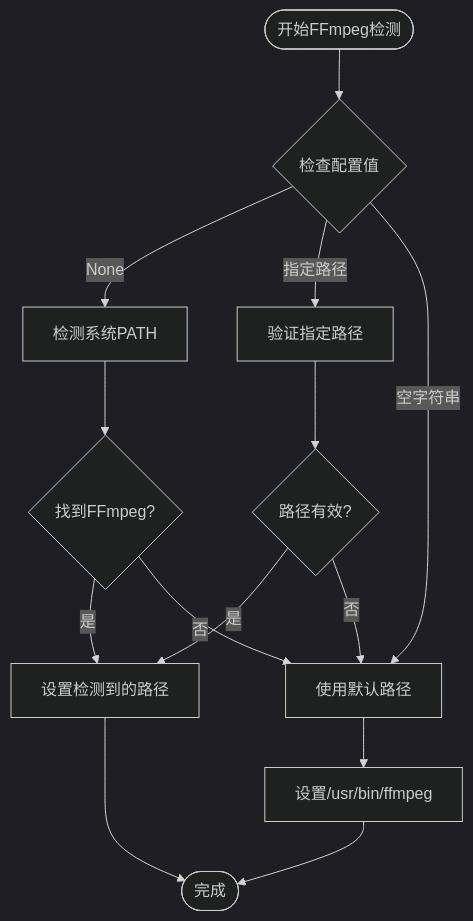
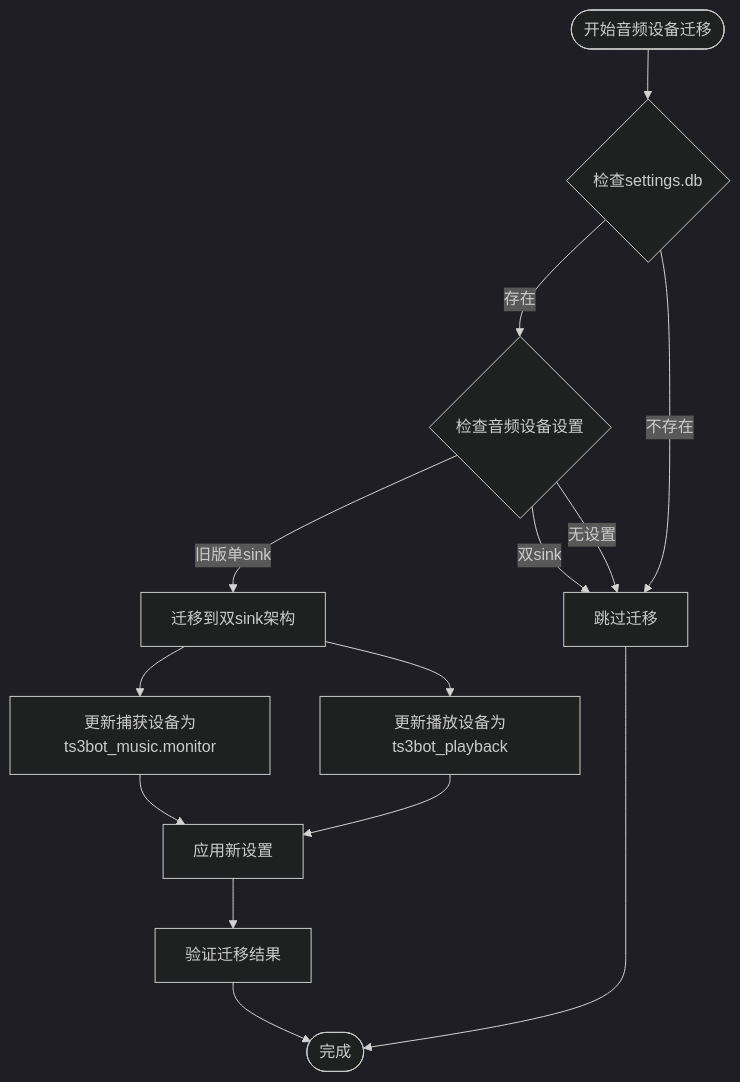
Before and after one commit to GhoulOwl/Teamspeak3_Bot: the eighth of 9 diagrams in .qoder/repowiki/zh/content/配置管理.md, drawn with Mermaid (dark theme). The commit also changed other lines of this file and 13 other files, not shown here.

````diff
--- a/.qoder/repowiki/zh/content/配置管理.md
+++ b/.qoder/repowiki/zh/content/配置管理.md
@@ -370,16 +452,16 @@
 ```mermaid
 flowchart TD
-Start([开始FFmpeg检测]) --> CheckConfig{检查配置值}
-CheckConfig --> |None| DetectSystem[检测系统PATH]
-CheckConfig --> |指定路径| ValidatePath[验证指定路径]
-CheckConfig --> |空字符串| UseDefault[使用默认路径]
-DetectSystem --> FoundFFmpeg{找到FFmpeg?}
-FoundFFmpeg --> |是| SetPath[设置检测到的路径]
-FoundFFmpeg --> |否| UseDefault[使用默认路径]
-ValidatePath --> PathValid{路径有效?}
-PathValid --> |是| SetPath
-PathValid --> |否| UseDefault
-UseDefault --> DefaultPath[设置/usr/bin/ffmpeg]
-SetPath --> End([完成])
-DefaultPath --> End
+Start([开始音频设备迁移]) --> CheckSettingsDB{检查settings.db}
+CheckSettingsDB --> |存在| CheckAudioDevices{检查音频设备设置}
+CheckSettingsDB --> |不存在| SkipMigration[跳过迁移]
+CheckAudioDevices --> |旧版单sink| MigrateToDualSink[迁移到双sink架构]
+CheckAudioDevices --> |双sink| SkipMigration
+CheckAudioDevices --> |无设置| SkipMigration
+MigrateToDualSink --> UpdateCaptureDevice[更新捕获设备为ts3bot_music.monitor]
+MigrateToDualSink --> UpdatePlaybackDevice[更新播放设备为ts3bot_playback]
+UpdateCaptureDevice --> ApplySettings[应用新设置]
+UpdatePlaybackDevice --> ApplySettings
+ApplySettings --> VerifyMigration[验证迁移结果]
+VerifyMigration --> End([完成])
+SkipMigration --> End
 ```
````
